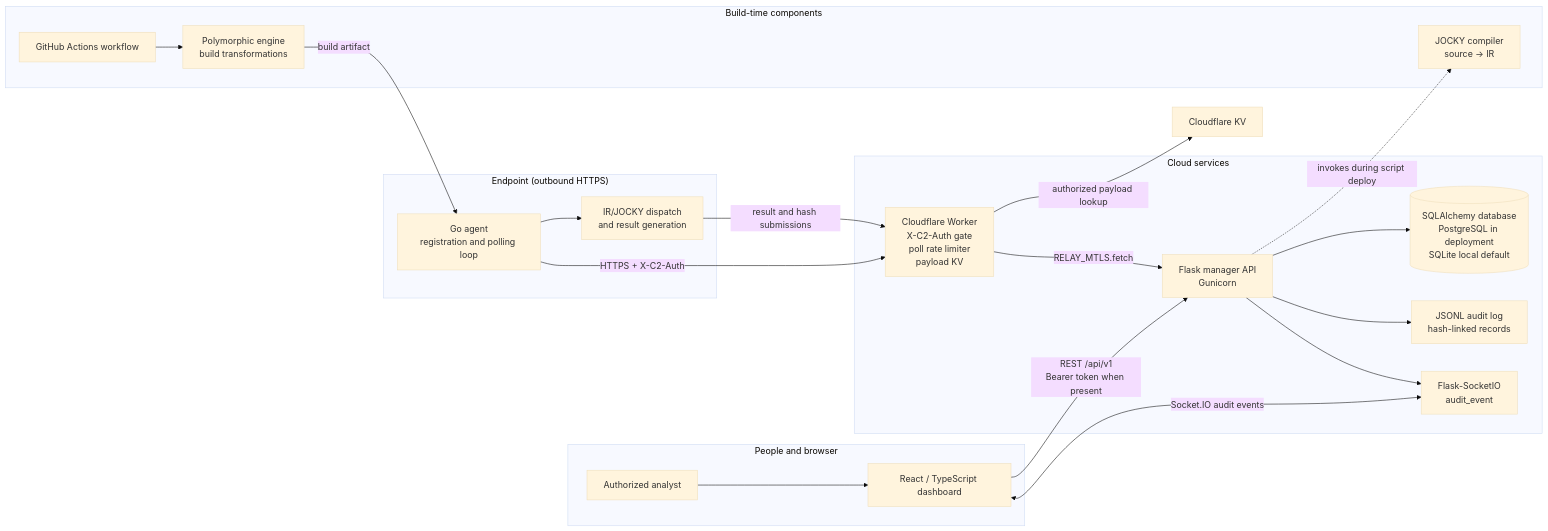
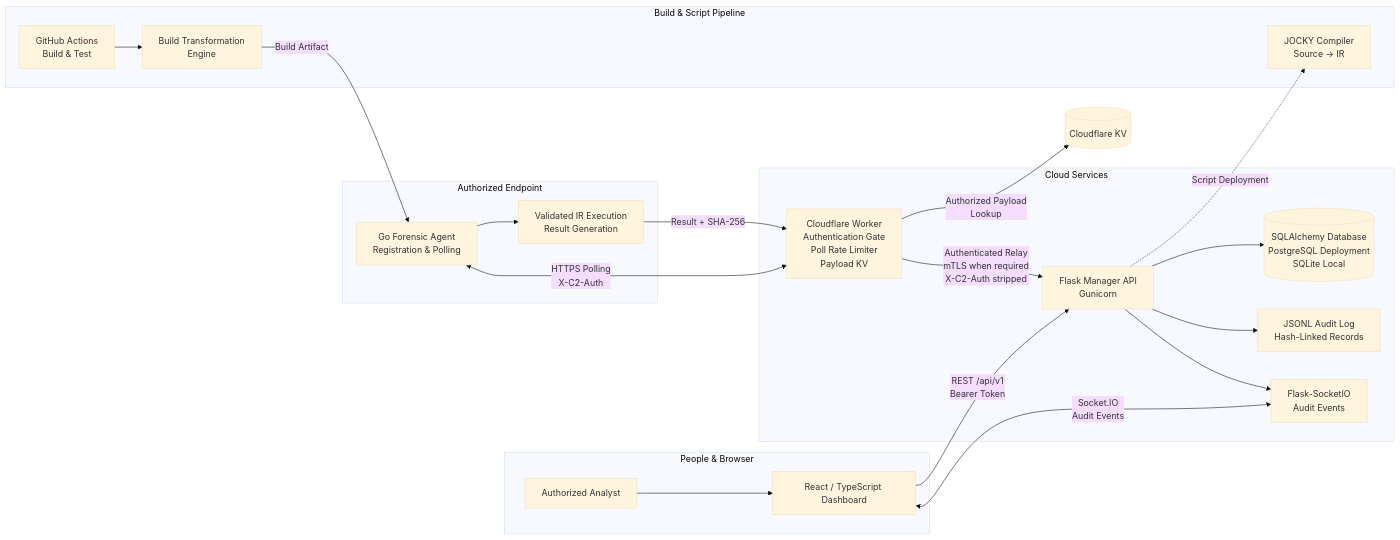
One commit to Jatin-trivedi/Proteus- changed the first of 2 diagrams in README.md. Above: the diagram before and after it, drawn with Mermaid (base theme). The commit also changed other lines of this file, not shown here.

Commit message:
readme changes
Updated logo and improved diagram labels for clarity.

````diff
--- a/README.md
+++ b/README.md
@@ -83,41 +83,81 @@
 ```mermaid
 flowchart LR
-    subgraph People["People and browser"]
-        Analyst["Authorized analyst"]
-        UI["React / TypeScript dashboard"]
+
+    subgraph People["People & Browser"]
+        Analyst["Authorized Analyst"]
+        UI["React / TypeScript Dashboard"]
         Analyst --> UI
     end
 
-    subgraph Cloud["Cloud services"]
-        Worker["Cloudflare Worker<br/>X-C2-Auth gate<br/>poll rate limiter<br/>payload KV"]
-        Manager["Flask manager API<br/>Gunicorn"]
-        DB[("SQLAlchemy database<br/>PostgreSQL in deployment<br/>SQLite local default")]
-        Audit["JSONL audit log<br/>hash-linked records"]
-        Socket["Flask-SocketIO<br/>audit_event"]
-        UI -->|"REST /api/v1<br/>Bearer token when present"| Manager
-        UI <-->|"Socket.IO audit events"| Socket
+    subgraph Cloud["Cloud Services"]
+
+        Worker["Cloudflare Worker
+        Authentication Gate
+        Poll Rate Limiter
+        Payload KV"]
+
+        Manager["Flask Manager API
+        Gunicorn"]
+
+        DB[("SQLAlchemy Database
+        PostgreSQL Deployment
+        SQLite Local")]
+
+        Audit["JSONL Audit Log
+        Hash-Linked Records"]
+
+        Socket["Flask-SocketIO
+        Audit Events"]
+
+        UI -->|"REST /api/v1
+        Bearer Token"| Manager
+
+        UI <-->|"Socket.IO
+        Audit Events"| Socket
+
         Manager --> DB
         Manager --> Audit
         Manager --> Socket
-        Worker -->|"RELAY_MTLS.fetch"| Manager
+
+        Worker -->|"Authenticated Relay
+        mTLS when required
+        X-C2-Auth stripped"| Manager
     end
 
-    subgraph Endpoint["Endpoint (outbound HTTPS)"]
-        Agent["Go agent<br/>registration and polling loop"]
-        Exec["IR/JOCKY dispatch<br/>and result generation"]
+    subgraph Endpoint["Authorized Endpoint"]
+
+        Agent["Go Forensic Agent
+        Registration & Polling"]
+
+        Exec["Validated IR Execution
+        Result Generation"]
+
         Agent --> Exec
     end
 
-    Agent -->|"HTTPS + X-C2-Auth"| Worker
-    Worker -->|"authorized payload lookup"| KV["Cloudflare KV"]
-    Exec -->|"result and hash submissions"| Worker
+    Agent <-->|"HTTPS Polling
+    X-C2-Auth"| Worker
 
-    subgraph Build["Build-time components"]
-        Compiler["JOCKY compiler<br/>source → IR"]
-        Poly["Polymorphic engine<br/>build transformations"]
-        CI["GitHub Actions workflow"]
-        Manager -. "invokes during script deploy" .-> Compiler
+    Worker -->|"Authorized Payload
+    Lookup"| KV[("Cloudflare KV")]
+
+    Exec -->|"Result + SHA-256"| Worker
+
+    subgraph Build["Build & Script Pipeline"]
+
+        Compiler["JOCKY Compiler
+        Source → IR"]
+
+        Poly["Build Transformation
+        Engine"]
+
+        CI["GitHub Actions
+        Build & Test"]
+
+        Manager -.->|"Script Deployment"| Compiler
+
         CI --> Poly
-        Poly -->|"build artifact"| Agent
+
+        Poly -->|"Build Artifact"| Agent
     end
 ```
````
